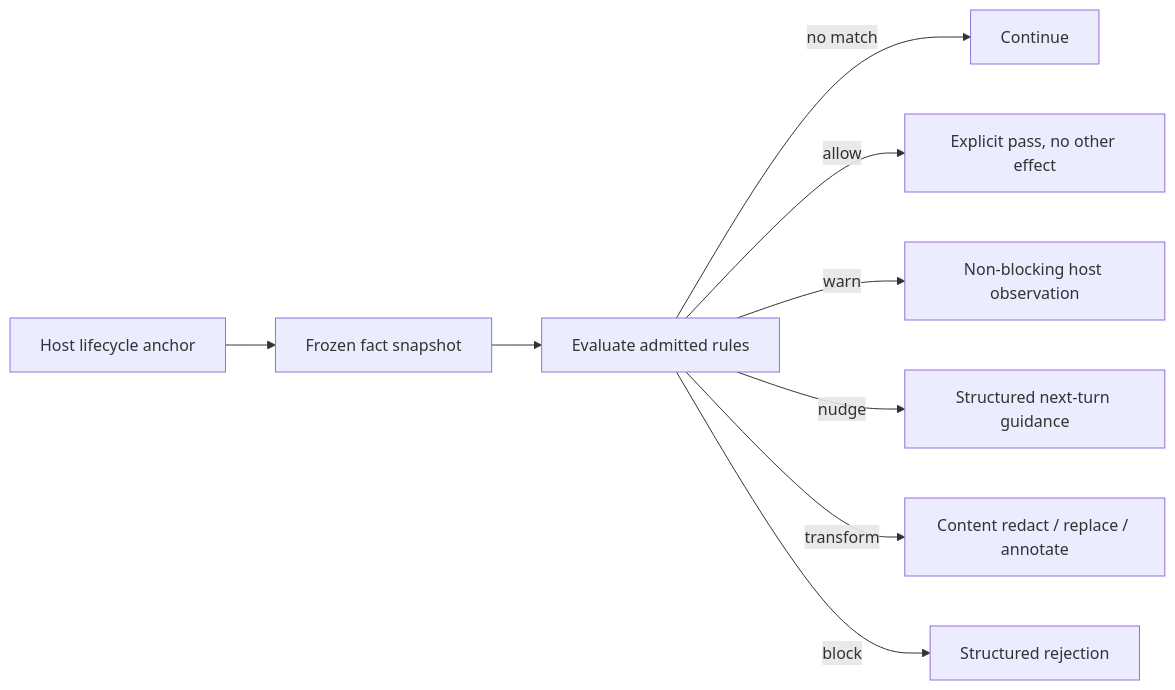
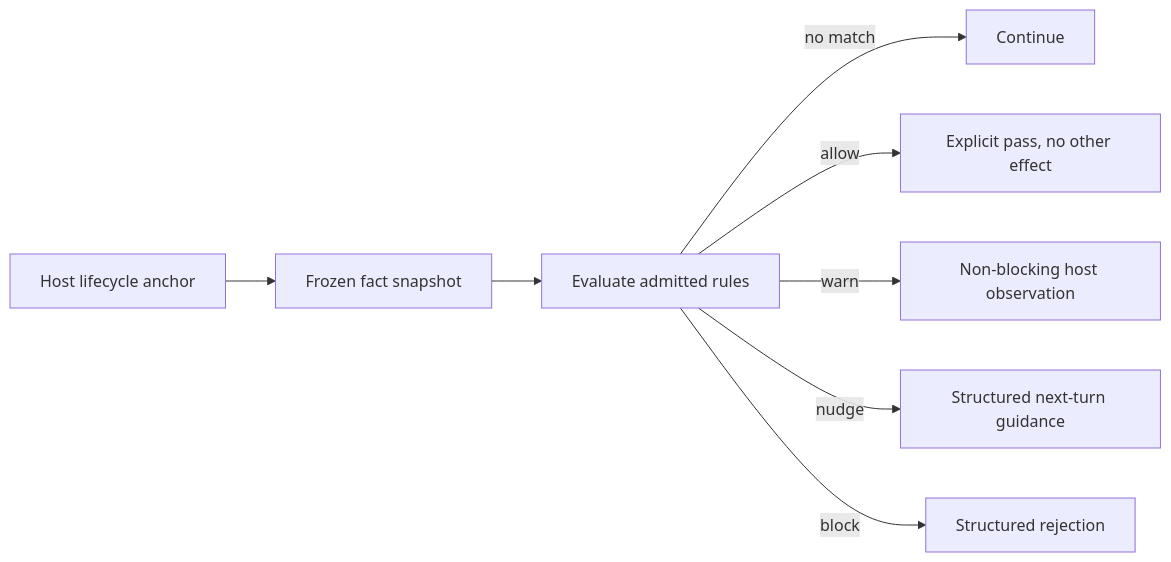
Before and after one commit to paintedwolf-ai/paintedwolf-code: the diagram in docs/open-agent-rules.md, drawn with Mermaid. The commit also changed other lines of this file and 6 other files, not shown here.

````diff
--- a/docs/open-agent-rules.md
+++ b/docs/open-agent-rules.md
@@ -43,11 +44,10 @@
 ```mermaid
 flowchart LR
     H[Host lifecycle anchor] --> F[Frozen fact snapshot]
     F --> R[Evaluate admitted rules]
     R -->|no match| N[Continue]
     R -->|allow| P[Explicit pass, no other effect]
     R -->|warn| W[Non-blocking host observation]
     R -->|nudge| U[Structured next-turn guidance]
-    R -->|transform| T[Content redact / replace / annotate]
     R -->|block| B[Structured rejection]
 ```
````
